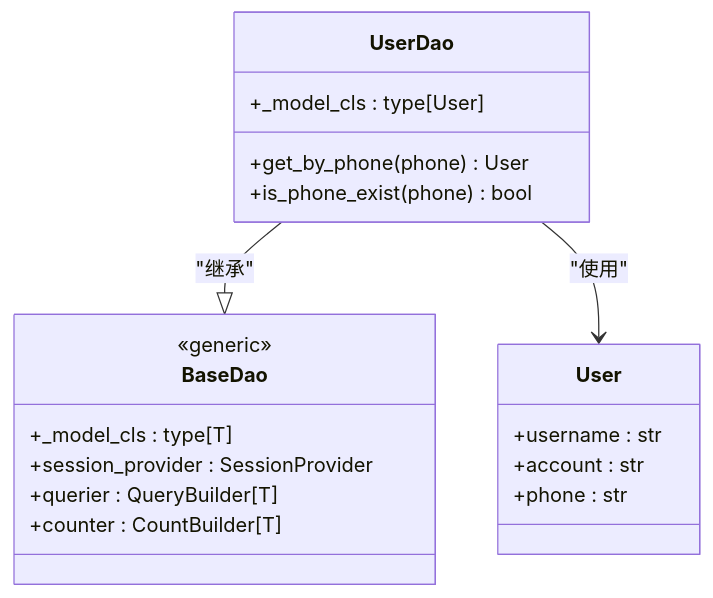
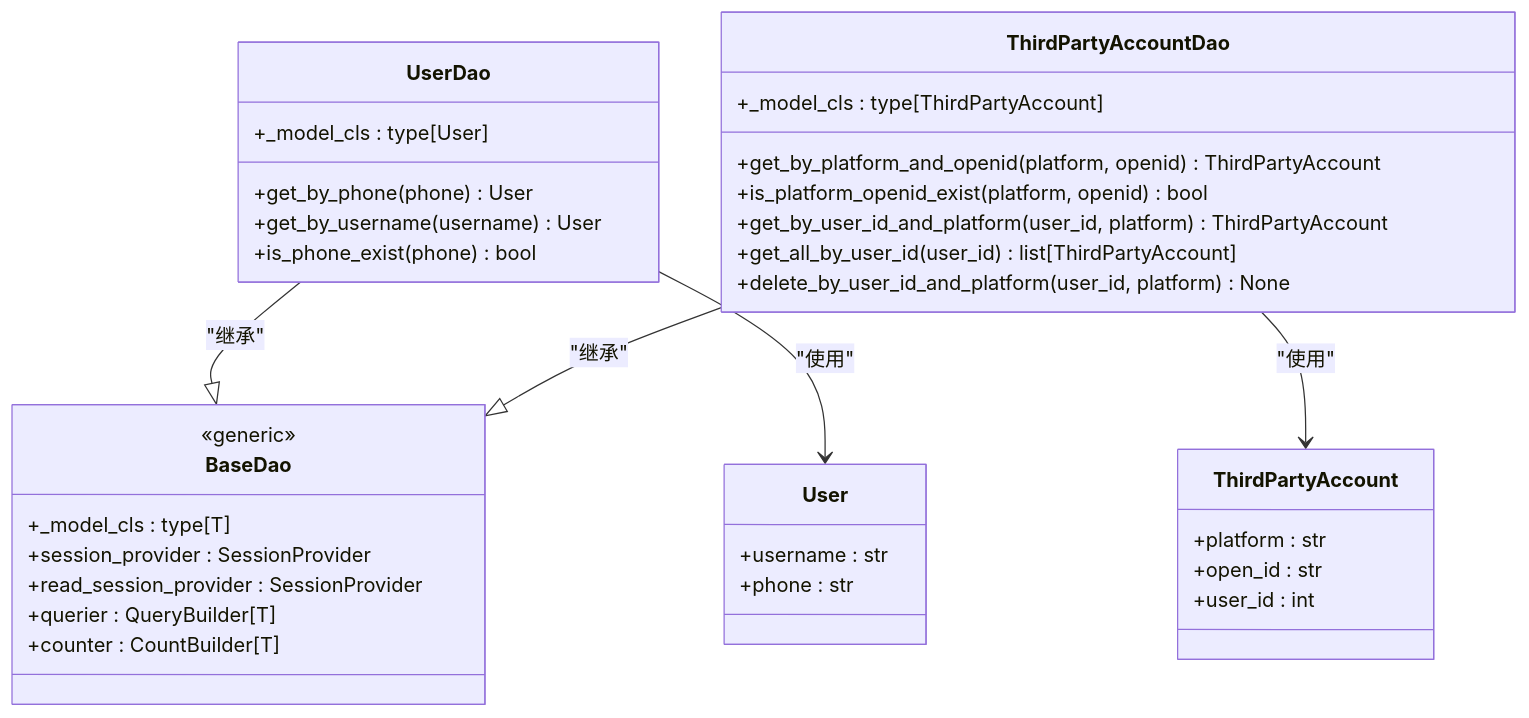
One commit to lilinzezzzzzz/fastapi-backend changed the fifth of 8 diagrams in .qoder/repowiki/zh/content/数据访问层/通用DAO基类.md. Above: the diagram before and after it, drawn with Mermaid. The commit also changed other lines of this file and 42 other files, not shown here.

````diff
--- a/.qoder/repowiki/zh/content/数据访问层/通用DAO基类.md
+++ b/.qoder/repowiki/zh/content/数据访问层/通用DAO基类.md
@@ -301,22 +348,38 @@
 ```mermaid
 classDiagram
 class UserDao {
 +_model_cls : type[User]
 +get_by_phone(phone) User
++get_by_username(username) User
 +is_phone_exist(phone) bool
+}
+class ThirdPartyAccountDao {
++_model_cls : type[ThirdPartyAccount]
++get_by_platform_and_openid(platform, openid) ThirdPartyAccount
++is_platform_openid_exist(platform, openid) bool
++get_by_user_id_and_platform(user_id, platform) ThirdPartyAccount
++get_all_by_user_id(user_id) list[ThirdPartyAccount]
++delete_by_user_id_and_platform(user_id, platform) None
 }
 class BaseDao {
 <<generic>>
 +_model_cls : type[T]
 +session_provider : SessionProvider
++read_session_provider : SessionProvider
 +querier : QueryBuilder[T]
 +counter : CountBuilder[T]
 }
 class User {
 +username : str
-+account : str
 +phone : str
 }
+class ThirdPartyAccount {
++platform : str
++open_id : str
++user_id : int
+}
 UserDao --|> BaseDao : "继承"
+ThirdPartyAccountDao --|> BaseDao : "继承"
 UserDao --> User : "使用"
+ThirdPartyAccountDao --> ThirdPartyAccount : "使用"
 ```
````
